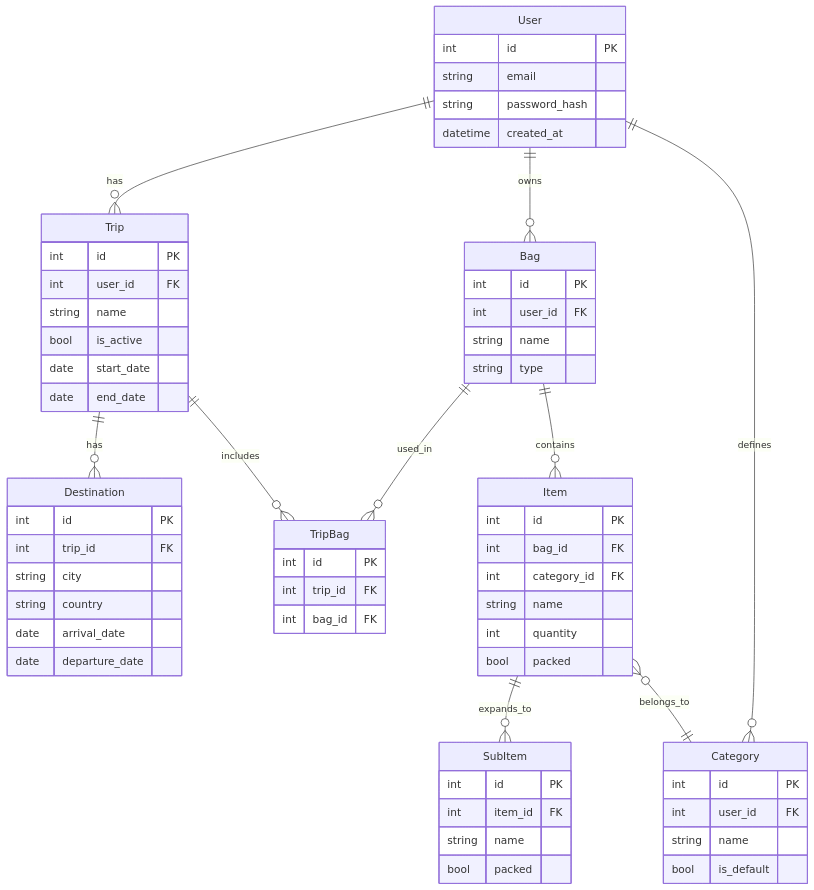
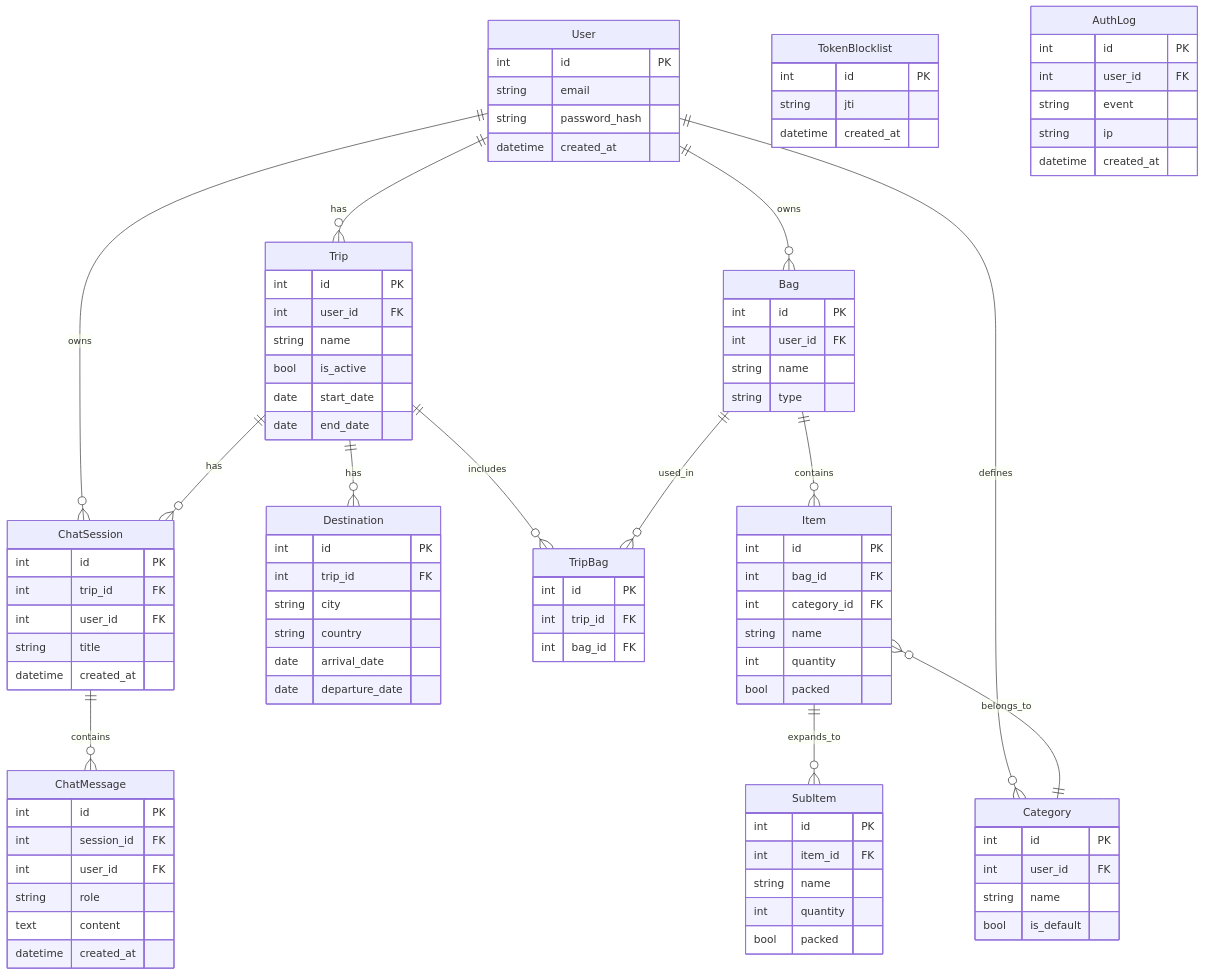
One commit to pablokoll/my-carry-on changed the diagram in docs/erd.md. Above: the diagram before and after it, drawn with Mermaid. The commit also changed other lines of this file and 11 other files, not shown here.

Commit message:
docs: add project documentation (overview, architecture, api, setup, adr, erd)

````diff
--- a/docs/erd.md
+++ b/docs/erd.md
@@ -5,15 +5,19 @@
     User ||--o{ Trip : has
     User ||--o{ Bag : owns
     User ||--o{ Category : defines
+    User ||--o{ ChatSession : owns
 
     Trip ||--o{ Destination : has
     Trip ||--o{ TripBag : includes
+    Trip ||--o{ ChatSession : has
 
     Bag ||--o{ TripBag : used_in
     Bag ||--o{ Item : contains
 
     Item ||--o{ SubItem : expands_to
     Item }o--|| Category : belongs_to
+
+    ChatSession ||--o{ ChatMessage : contains
 
     User {
         int id PK
@@ -73,6 +77,38 @@
         int id PK
         int item_id FK
         string name
+        int quantity
         bool packed
     }
+
+    ChatSession {
+        int id PK
+        int trip_id FK
+        int user_id FK
+        string title
+        datetime created_at
+    }
+
+    ChatMessage {
+        int id PK
+        int session_id FK
+        int user_id FK
+        string role
+        text content
+        datetime created_at
+    }
+
+    TokenBlocklist {
+        int id PK
+        string jti
+        datetime created_at
+    }
+
+    AuthLog {
+        int id PK
+        int user_id FK
+        string event
+        string ip
+        datetime created_at
+    }
 ```
````
